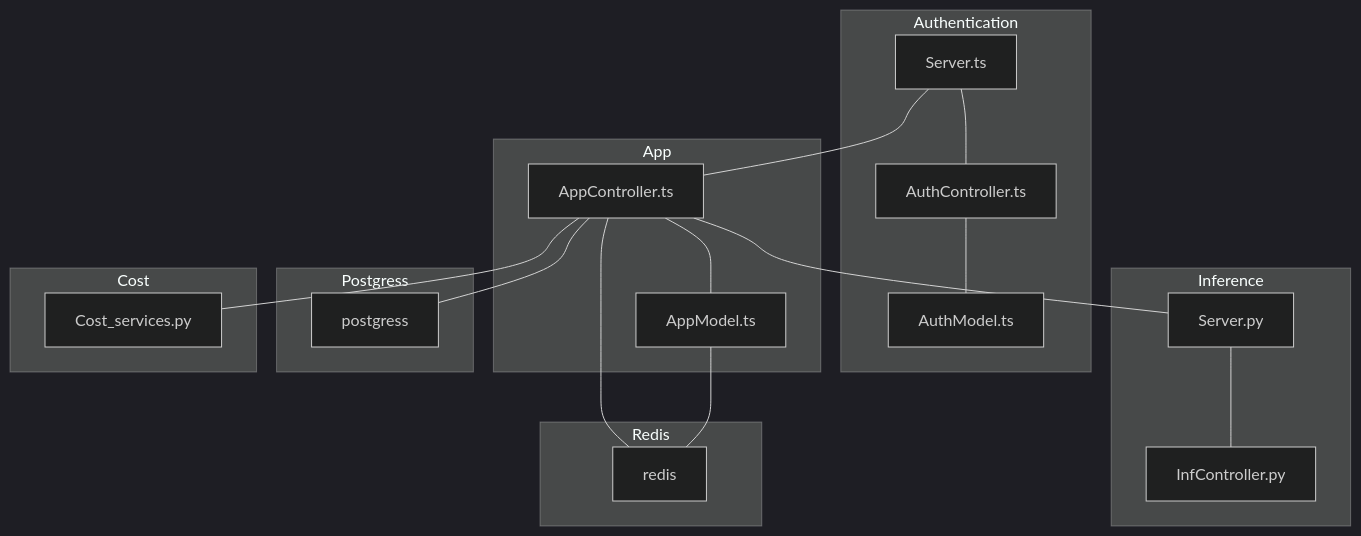
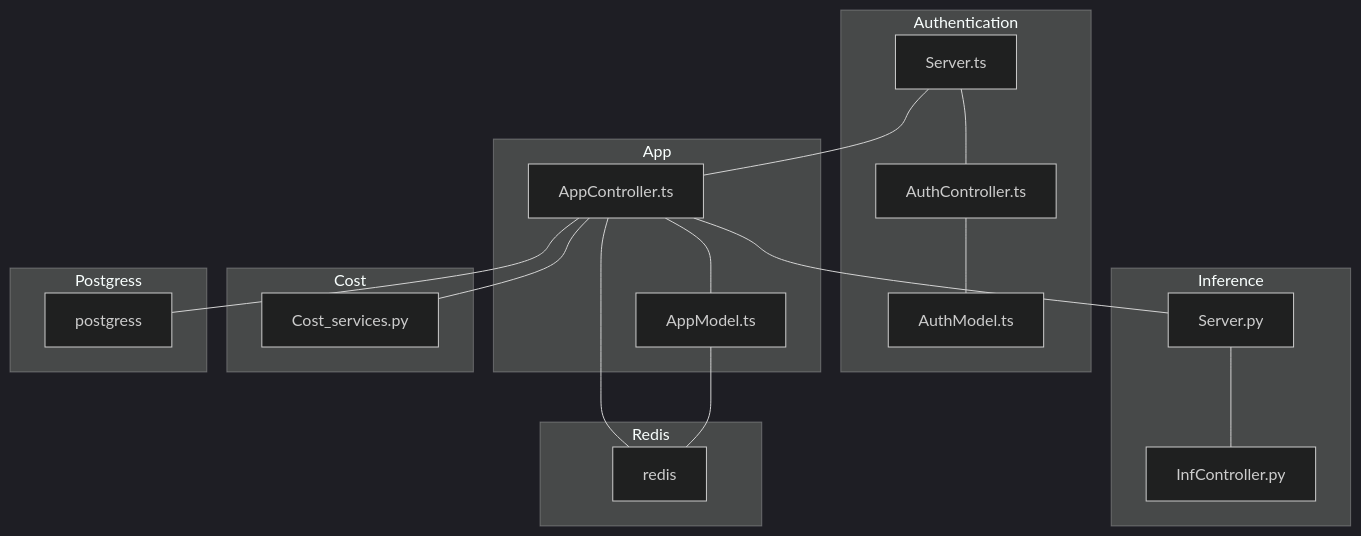
Before and after one commit to AgneseBruglia/PA2024: the second of 16 diagrams in README.md, drawn with Mermaid (dark theme). The commit also changed other lines of this file, not shown here.

````diff
--- a/README.md
+++ b/README.md
@@ -54,41 +54,41 @@
 ```mermaid
 graph TD;
 
     subgraph Redis
     redis
     end
 
     subgraph Authentication
     Server.ts --- AuthController.ts
     AuthController.ts 
     AuthModel.ts 
     AuthController.ts --- AuthModel.ts
     end
 
     subgraph Inference
     Server.py --- InfController.py
     InfController.py
     end
 
     subgraph App
     Server.ts --- AppController.ts 
     AppController.ts 
     AppModel.ts 
     AppController.ts --- AppModel.ts
     end
 
+    subgraph Cost
+    Cost_services.py
+    end
+
     subgraph Postgress
     postgress
-    end
-
-    subgraph Cost
-    Cost_services.py
     end
 
     AppModel.ts --- redis
     AppController.ts --- postgress
     AppController.ts --- Server.py
     AppController.ts --- redis
     AppController.ts --- Cost_services.py
 
 ```
````
